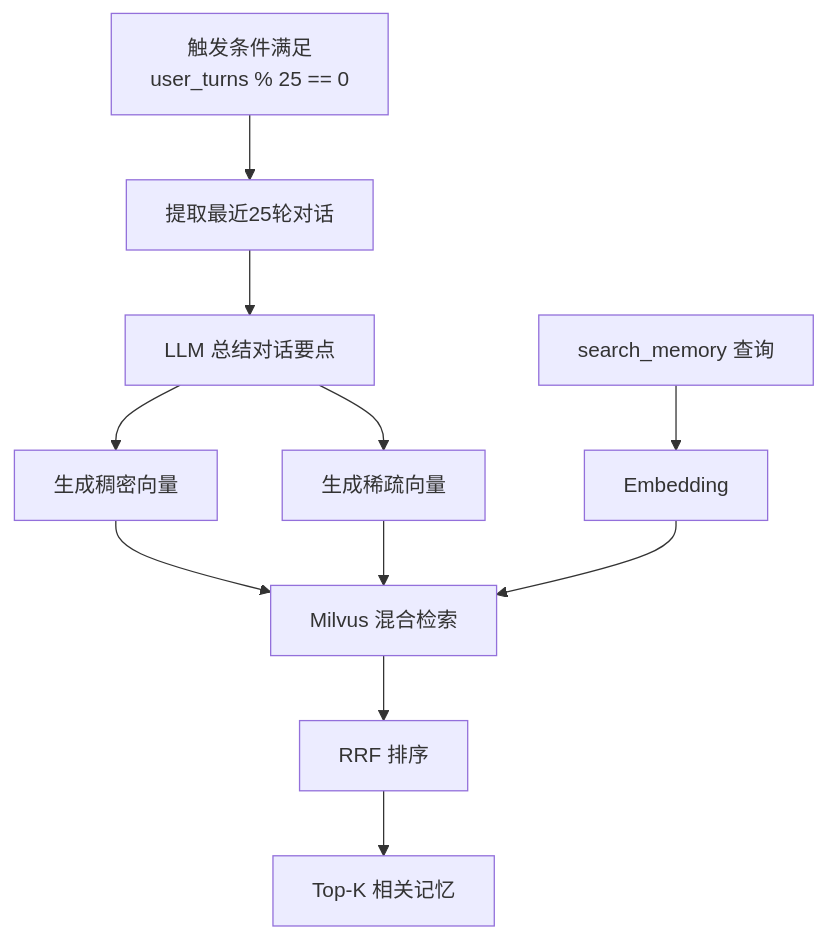
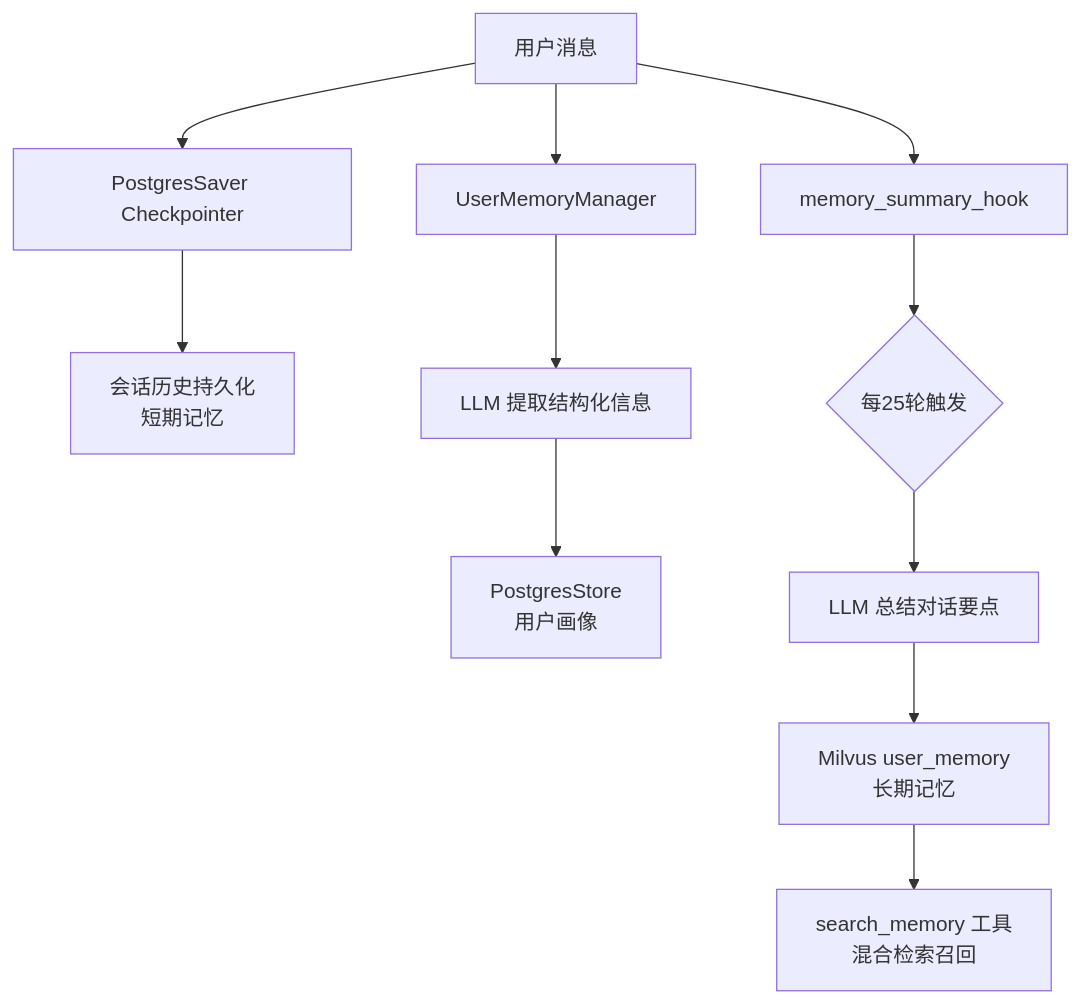
Before and after one commit to Chasen-Liao/SuperMew: the fourth of 5 diagrams in README.md, drawn with Mermaid. The commit also changed other lines of this file and 2 other files, not shown here.

````diff
--- a/README.md
+++ b/README.md
@@ -413,13 +263,14 @@
 ```mermaid
-graph TB
-    A[触发条件满足<br/>user_turns % 25 == 0] --> B[提取最近25轮对话]
-    B --> C[LLM 总结对话要点]
-    C --> D[生成稠密向量]
-    C --> E[生成稀疏向量]
-    D --> F[Milvus 混合检索]
-    E --> F
-    G[search_memory 查询] --> H[Embedding]
-    H --> F
-    F --> I[RRF 排序]
-    I --> J[Top-K 相关记忆]
+flowchart TD
+    A[用户消息] --> B1[PostgresSaver Checkpointer]
+    A --> B2[UserMemoryManager]
+    A --> B3[memory_summary_hook]
+    
+    B1 --> C1[会话历史持久化<br/>短期记忆]
+    B2 --> D2[LLM 提取结构化信息]
+    D2 --> C2[PostgresStore<br/>用户画像]
+    B3 --> D3{每25轮触发}
+    D3 --> E3[LLM 总结对话要点]
+    E3 --> C3[Milvus user_memory<br/>长期记忆]
+    C3 --> F3[search_memory 工具<br/>混合检索召回]
 ```
````
